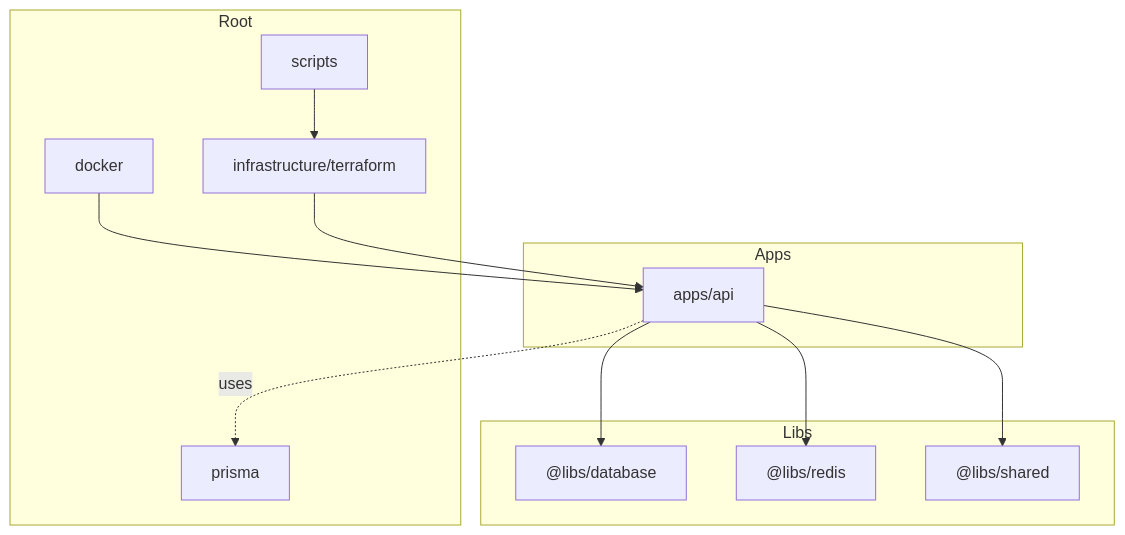
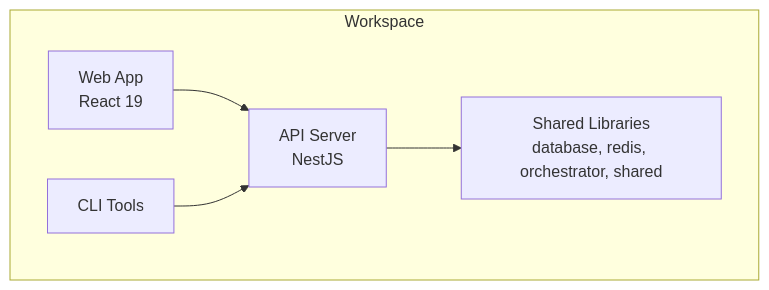
The first of 9 diagrams in .qoder/repowiki/en/content/Architecture Overview/Architecture Overview.md (BAS-More/Quiz2Biz), drawn with Mermaid before and after one commit. The commit also changed other lines of this file and 191 other files, not shown here.

````diff
--- a/.qoder/repowiki/en/content/Architecture Overview/Architecture Overview.md
+++ b/.qoder/repowiki/en/content/Architecture Overview/Architecture Overview.md
@@ -67,24 +42,12 @@
 ```mermaid
 graph TB
-subgraph "Apps"
-API["apps/api"]
+subgraph "Workspace"
+API["API Server<br/>NestJS"]
+WEB["Web App<br/>React 19"]
+CLI["CLI Tools"]
+SHARED["Shared Libraries<br/>database, redis, orchestrator, shared"]
 end
-subgraph "Libs"
-DB["@libs/database"]
-REDIS["@libs/redis"]
-SHARED["@libs/shared"]
-end
-subgraph "Root"
-PRISMA["prisma"]
-DOCKER["docker"]
-INFRA["infrastructure/terraform"]
-SCRIPTS["scripts"]
-end
-API --> DB
-API --> REDIS
 API --> SHARED
-API -. uses .-> PRISMA
-DOCKER --> API
-INFRA --> API
-SCRIPTS --> INFRA
+WEB --> API
+CLI --> API
 ```
````
